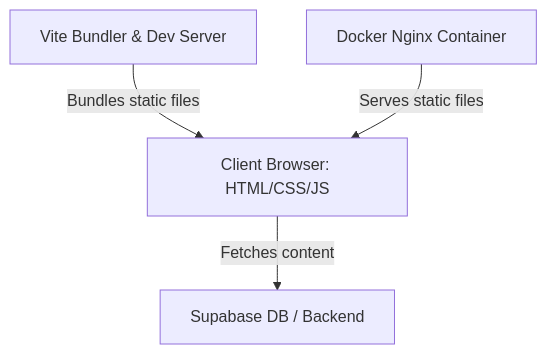
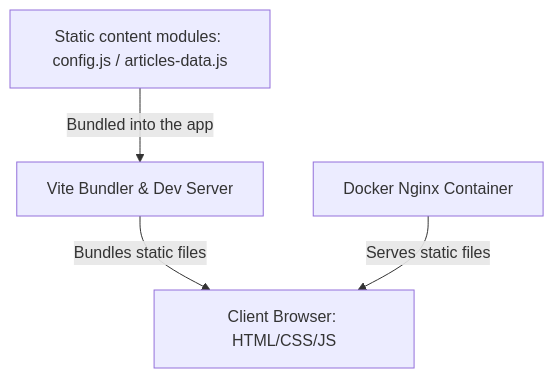
The first of 2 diagrams in architecture.md (francis-p-n/Portfolio-Site), drawn with Mermaid before and after one commit. The commit also changed other lines of this file and 30 other files, not shown here.

````diff
--- a/architecture.md
+++ b/architecture.md
@@ -11,11 +11,11 @@
 ```mermaid
 graph TD
     Client[Client Browser: HTML/CSS/JS]
+    Content[Static content modules: config.js / articles-data.js]
     Vite[Vite Bundler & Dev Server]
-    Supabase[Supabase DB / Backend]
     Nginx[Docker Nginx Container]
 
-    Client -->|Fetches content| Supabase
+    Content -->|Bundled into the app| Vite
     Vite -->|Bundles static files| Client
     Nginx -->|Serves static files| Client
 ```
````
